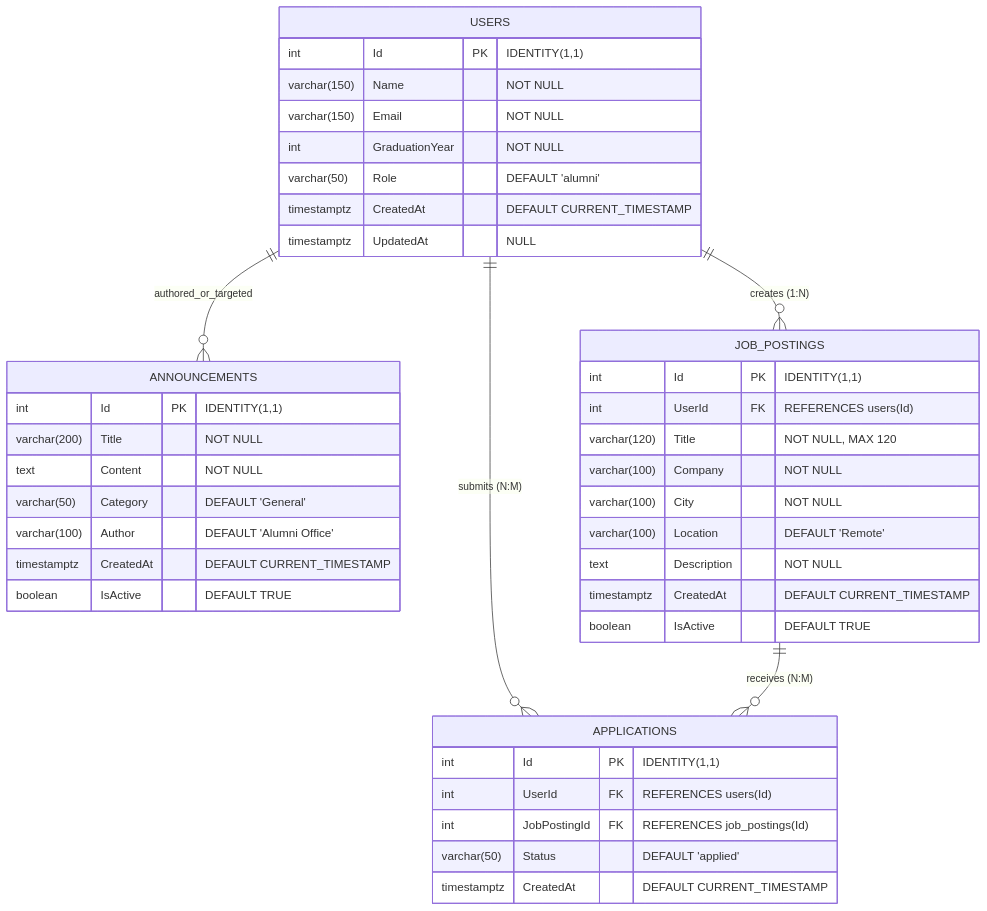
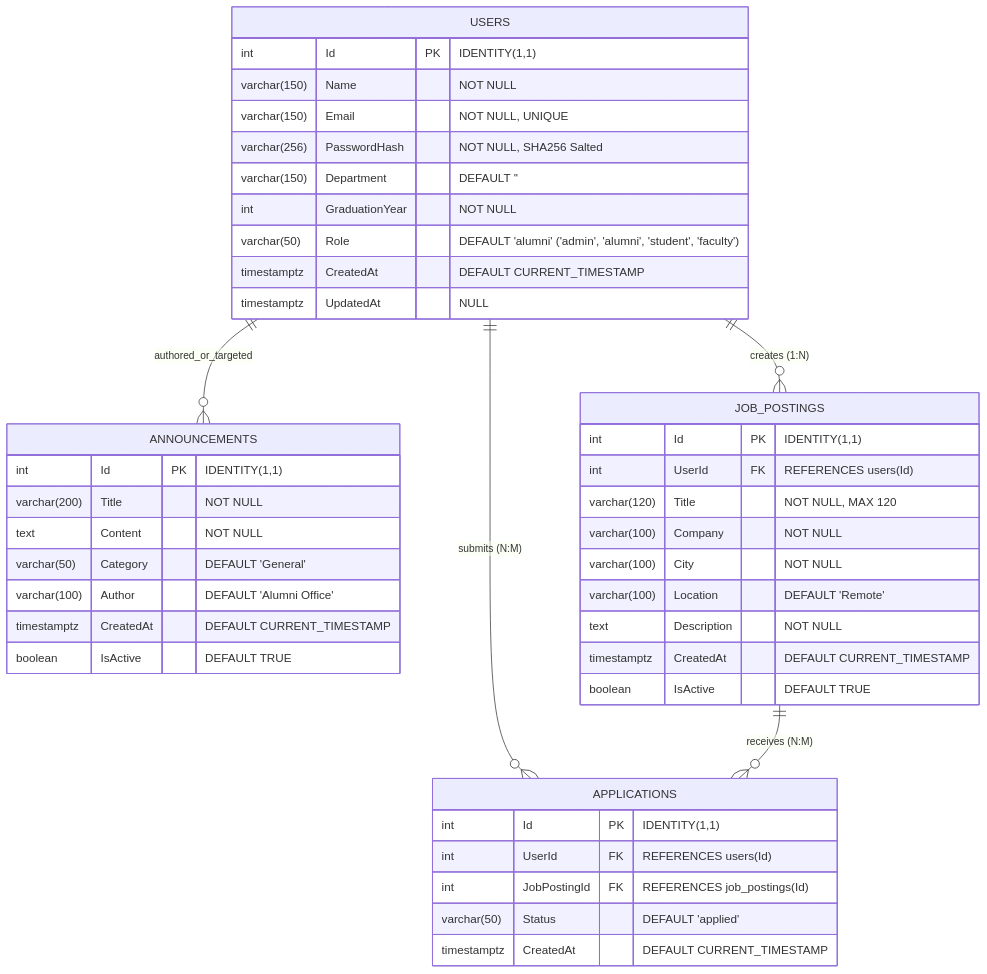
Before and after one commit to NazifeTurk/alumni: the diagram in ddd.md, drawn with Mermaid. The commit also changed other lines of this file and 16 other files, not shown here.

````diff
--- a/ddd.md
+++ b/ddd.md
@@ -77,47 +77,49 @@
 ```mermaid
 erDiagram
     USERS {
         int Id PK "IDENTITY(1,1)"
         varchar(150) Name "NOT NULL"
-        varchar(150) Email "NOT NULL"
+        varchar(150) Email "NOT NULL, UNIQUE"
+        varchar(256) PasswordHash "NOT NULL, SHA256 Salted"
+        varchar(150) Department "DEFAULT ''"
         int GraduationYear "NOT NULL"
-        varchar(50) Role "DEFAULT 'alumni'"
+        varchar(50) Role "DEFAULT 'alumni' ('admin', 'alumni', 'student', 'faculty')"
         timestamptz CreatedAt "DEFAULT CURRENT_TIMESTAMP"
         timestamptz UpdatedAt "NULL"
     }
 
     ANNOUNCEMENTS {
         int Id PK "IDENTITY(1,1)"
         varchar(200) Title "NOT NULL"
         text Content "NOT NULL"
         varchar(50) Category "DEFAULT 'General'"
         varchar(100) Author "DEFAULT 'Alumni Office'"
         timestamptz CreatedAt "DEFAULT CURRENT_TIMESTAMP"
         boolean IsActive "DEFAULT TRUE"
     }
 
     USERS ||--o{ ANNOUNCEMENTS : "authored_or_targeted"
     USERS ||--o{ JOB_POSTINGS : "creates (1:N)"
     USERS ||--o{ APPLICATIONS : "submits (N:M)"
     JOB_POSTINGS ||--o{ APPLICATIONS : "receives (N:M)"
 
     JOB_POSTINGS {
         int Id PK "IDENTITY(1,1)"
         int UserId FK "REFERENCES users(Id)"
         varchar(120) Title "NOT NULL, MAX 120"
         varchar(100) Company "NOT NULL"
         varchar(100) City "NOT NULL"
         varchar(100) Location "DEFAULT 'Remote'"
         text Description "NOT NULL"
         timestamptz CreatedAt "DEFAULT CURRENT_TIMESTAMP"
         boolean IsActive "DEFAULT TRUE"
     }
 
     APPLICATIONS {
         int Id PK "IDENTITY(1,1)"
         int UserId FK "REFERENCES users(Id)"
         int JobPostingId FK "REFERENCES job_postings(Id)"
         varchar(50) Status "DEFAULT 'applied'"
         timestamptz CreatedAt "DEFAULT CURRENT_TIMESTAMP"
     }
 ```
````
